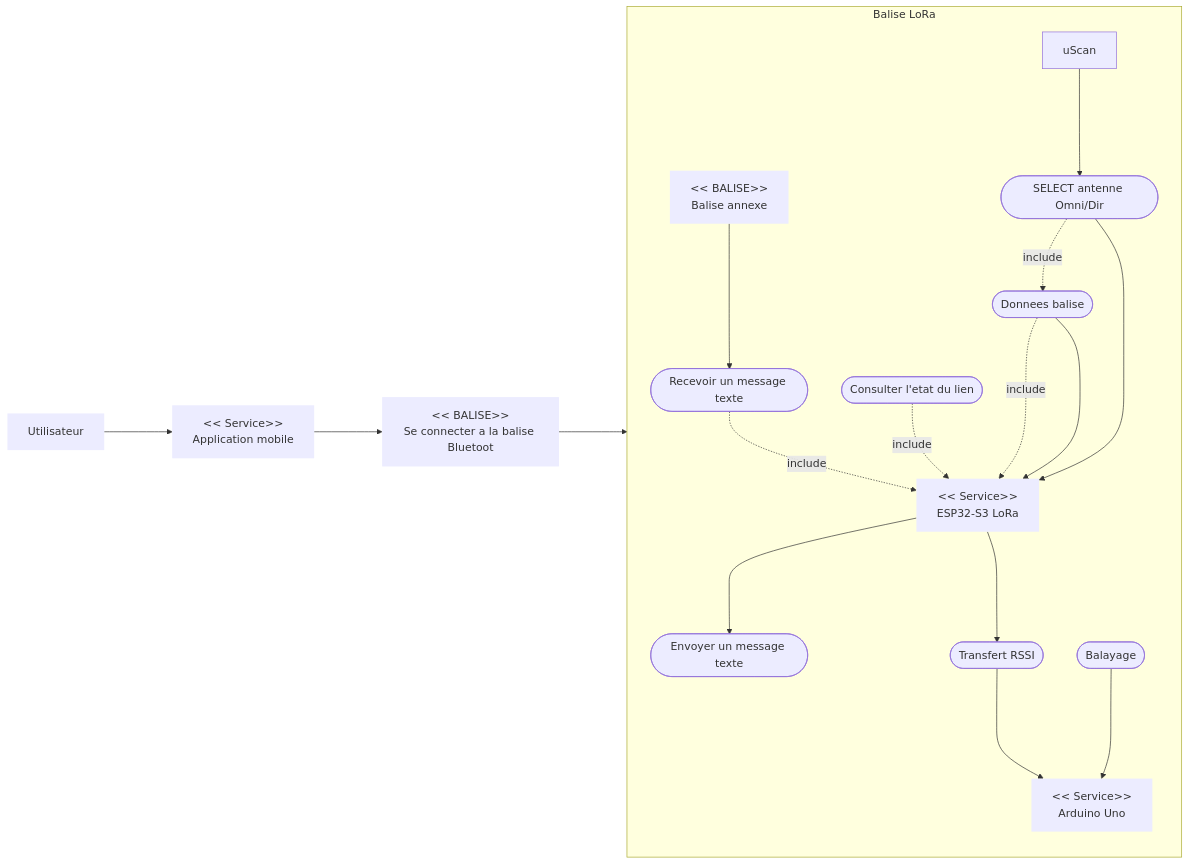
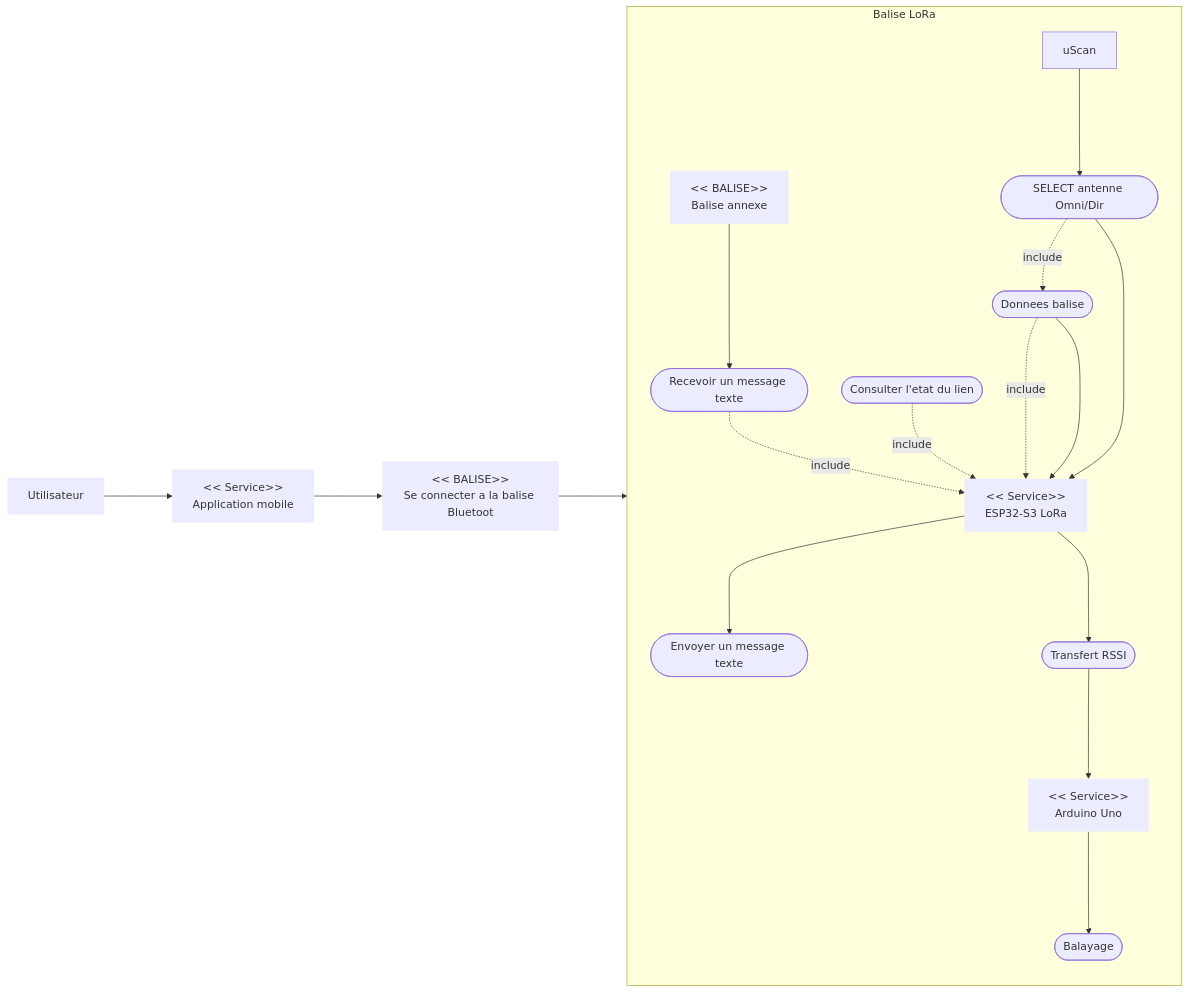
One commit to SHU445/Projet-LoRa-72h changed the first of 7 diagrams in Diagrammes_SysML_Projet_LoRa.md. Above: the diagram before and after it, drawn with Mermaid.

Commit message:
"CorrectUseCase4.4"

````diff
--- a/Diagrammes_SysML_Projet_LoRa.md
+++ b/Diagrammes_SysML_Projet_LoRa.md
@@ -12,41 +12,41 @@
 ```mermaid
 flowchart LR
   rU["Utilisateur"]:::role
   rAPP["<< Service>>\nApplication mobile"]:::role
   rESP["<< Service>>\nESP32-S3 LoRa"]:::role
   rARD["<< Service>>\nArduino Uno"]:::role
   rCONN["<< BALISE>>\nSe connecter a la balise Bluetoot"]:::role
 
   rOTB["<< BALISE>>\nBalise annexe"]:::role
 
   subgraph S["Balise LoRa"]
     direction TB
     ucSend([Envoyer un message texte])
     ucReceive([Recevoir un message texte])
     ucStatus([Consulter l'etat du lien])
     ucData([Donnees balise])
     ucSelectAntenna([SELECT antenne Omni/Dir])
     ucScan([Balayage])
     ucRssi([Transfert RSSI])
 
     rESP ---> ucSend
     ucReceive -. include .-> rESP
     ucStatus -. include .-> rESP
     ucData -. include .-> rESP
     ucSelectAntenna -. include .-> ucData
     uScan ---> ucSelectAntenna
     rESP ---> ucRssi ---> rARD
     rOTB ---> ucReceive
   end
 
   rU ---> rAPP
   rAPP ---> rCONN
   rCONN ---> rESP
 
   ucData ---> rESP
   ucSelectAntenna ---> rESP
 
-  ucScan ---> rARD
+  rARD ---> ucScan
 
   classDef role stroke-width:0px;
 ```
````
